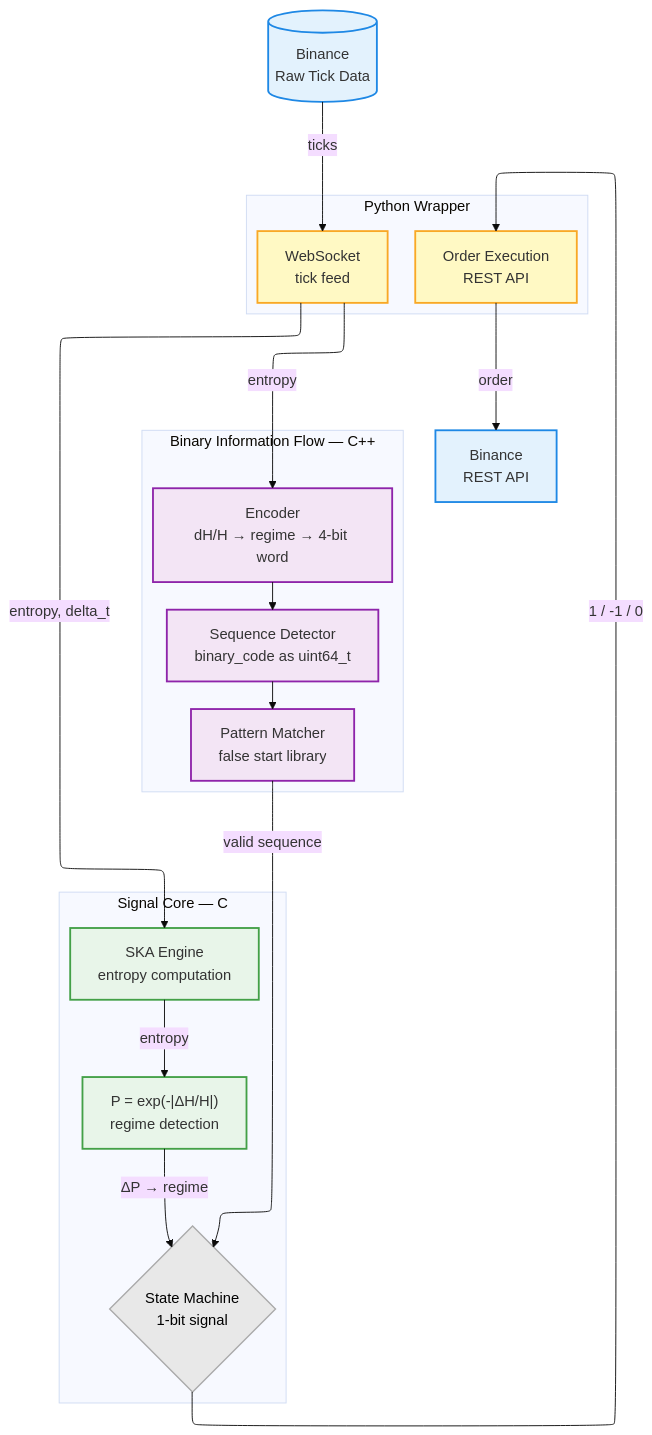
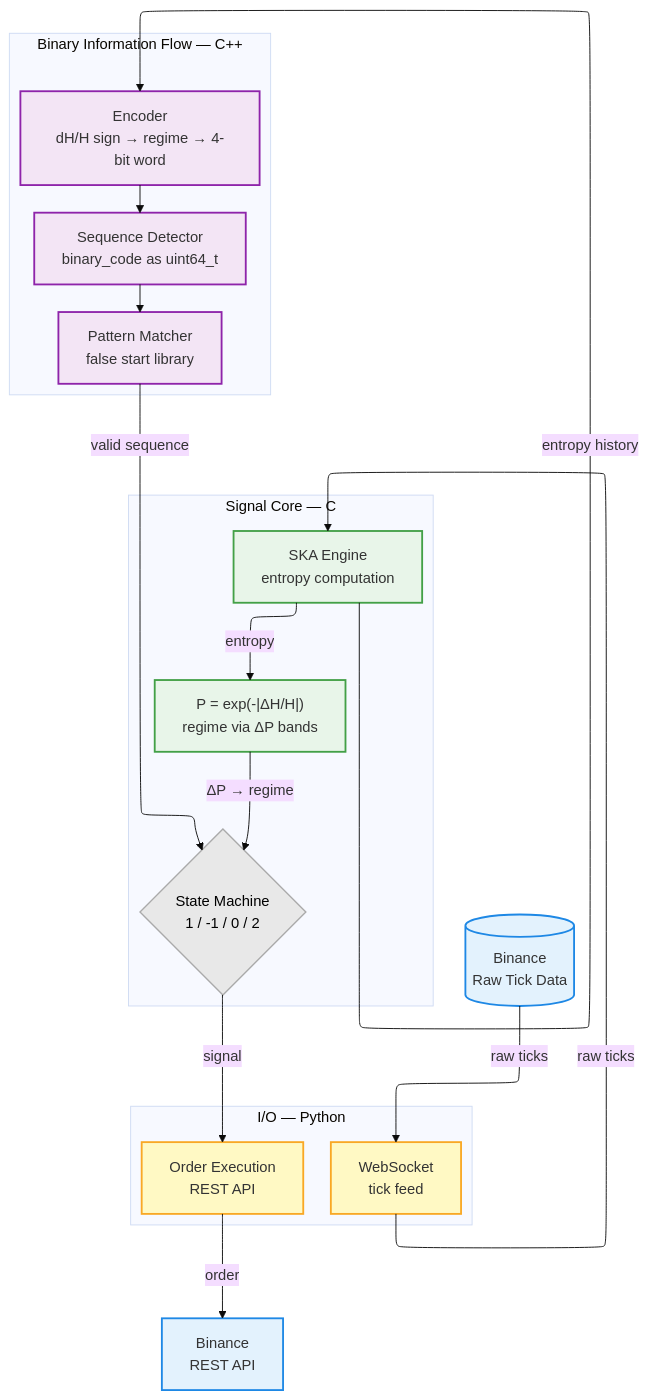
Before and after one commit to quantiota/SKA-quantitative-finance: the diagram in ska_engine_c/README.md, drawn with Mermaid. The commit also changed other lines of this file, not shown here.

````diff
--- a/ska_engine_c/README.md
+++ b/ska_engine_c/README.md
@@ -22,54 +22,54 @@
 ```mermaid
 ---
 config:
   look: classic
   theme: base
   layout: elk
 ---
 flowchart TD
 
 BINANCE[(Binance\nRaw Tick Data)]
 EXCHANGE[Binance\nREST API]
 
+subgraph IO["I/O — Python"]
+  direction TB
+  WS[WebSocket\ntick feed]
+  ORDER[Order Execution\nREST API]
+end
+
+subgraph SignalCore["Signal Core — C"]
+  direction TB
+  ENGINE[SKA Engine\nentropy computation]
+  P["P = exp(-|ΔH/H|)\nregime via ΔP bands"]
+  SM@{ shape: diamond, label: "State Machine\n1 / -1 / 0 / 2" }
+  ENGINE -->|entropy| P
+  P -->|ΔP → regime| SM
+end
+
 subgraph BinaryFlow["Binary Information Flow — C++"]
   direction TB
-  ENC[Encoder\ndH/H → regime → 4-bit word]
+  ENC[Encoder\ndH/H sign → regime → 4-bit word]
   SEQ[Sequence Detector\nbinary_code as uint64_t]
   PAT[Pattern Matcher\nfalse start library]
   ENC --> SEQ --> PAT
 end
 
-subgraph SignalCore["Signal Core — C"]
-  direction TB
-  ENGINE[SKA Engine\nentropy computation]
-  P["P = exp(-|ΔH/H|)\nregime detection"]
-  SM@{ shape: diamond, label: "State Machine\n1-bit signal" }
-  ENGINE -->|entropy| P
-  P -->|ΔP → regime| SM
-end
-
-subgraph PythonWrapper["Python Wrapper"]
-  direction TB
-  WS[WebSocket\ntick feed]
-  ORDER[Order Execution\nREST API]
-end
-
-BINANCE -->|ticks| WS
-WS -->|entropy, delta_t| ENGINE
-WS -->|entropy| ENC
+BINANCE -->|raw ticks| WS
+WS -->|raw ticks| ENGINE
+ENGINE -->|entropy history| ENC
 PAT -->|valid sequence| SM
-SM -->|1 / -1 / 0| ORDER
+SM -->|signal| ORDER
 ORDER -->|order| EXCHANGE
 
 classDef data     fill:#E3F2FD,stroke:#1E88E5,stroke-width:2px;
 classDef binary   fill:#E8F5E9,stroke:#43A047,stroke-width:2px;
 classDef flow     fill:#F3E5F5,stroke:#8E24AA,stroke-width:2px;
-classDef wrapper  fill:#FFF9C4,stroke:#F9A825,stroke-width:2px;
+classDef io       fill:#FFF9C4,stroke:#F9A825,stroke-width:2px;
 classDef signal   fill:#E8E8E8,stroke:#AAAAAA,color:#000,stroke-width:1.5px;
 
 class BINANCE,EXCHANGE data;
 class ENGINE,P binary;
 class ENC,SEQ,PAT flow;
 class SM signal;
-class WS,ORDER wrapper;
+class WS,ORDER io;
 ```
````
